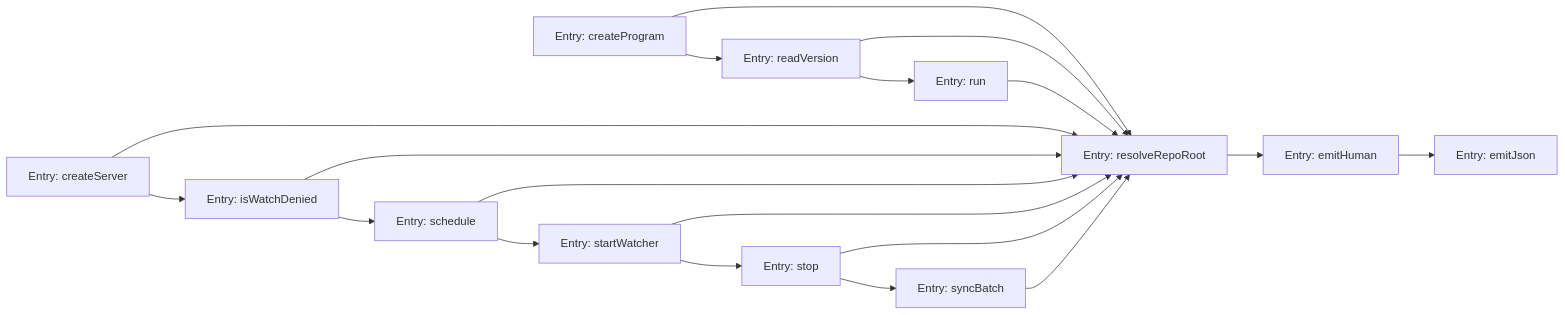
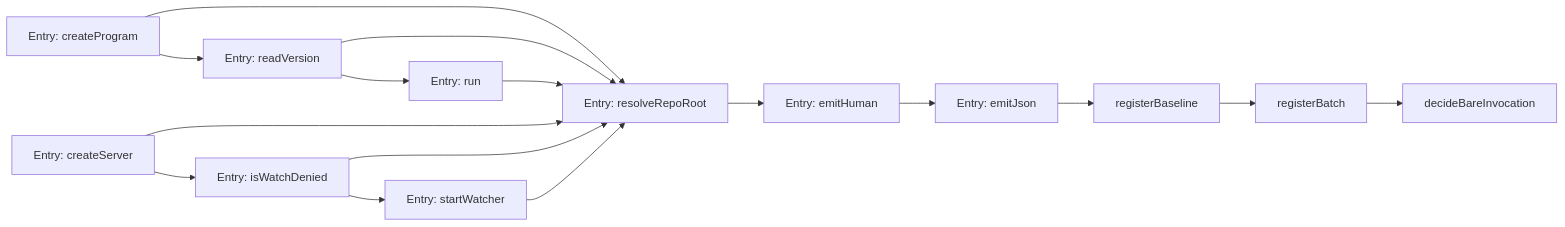
One commit to eduardoabreu81/livewiki changed the diagram in livewiki/diagrams/flow-cli-src-to-llm.mmd. Above: the diagram before and after it, drawn with Mermaid. The commit also changed 79 other files, not shown here.

```diff
--- a/livewiki/diagrams/flow-cli-src-to-llm.mmd
+++ b/livewiki/diagrams/flow-cli-src-to-llm.mmd
@@ -1,19 +1,16 @@
 flowchart LR
   n0[Entry: createProgram] --> n2[Entry: resolveRepoRoot]
   n1[Entry: readVersion] --> n2[Entry: resolveRepoRoot]
   n3[Entry: run] --> n2[Entry: resolveRepoRoot]
   n4[Entry: createServer] --> n2[Entry: resolveRepoRoot]
   n5[Entry: isWatchDenied] --> n2[Entry: resolveRepoRoot]
-  n6[Entry: schedule] --> n2[Entry: resolveRepoRoot]
-  n7[Entry: startWatcher] --> n2[Entry: resolveRepoRoot]
-  n8[Entry: stop] --> n2[Entry: resolveRepoRoot]
-  n9[Entry: syncBatch] --> n2[Entry: resolveRepoRoot]
-  n2[Entry: resolveRepoRoot] --> n10[Entry: emitHuman]
-  n10[Entry: emitHuman] --> n11[Entry: emitJson]
+  n6[Entry: startWatcher] --> n2[Entry: resolveRepoRoot]
+  n2[Entry: resolveRepoRoot] --> n7[Entry: emitHuman]
+  n7[Entry: emitHuman] --> n8[Entry: emitJson]
+  n8[Entry: emitJson] --> n9[registerBaseline]
+  n9[registerBaseline] --> n10[registerBatch]
+  n10[registerBatch] --> n11[decideBareInvocation]
   n0[Entry: createProgram] --> n1[Entry: readVersion]
   n1[Entry: readVersion] --> n3[Entry: run]
   n4[Entry: createServer] --> n5[Entry: isWatchDenied]
-  n5[Entry: isWatchDenied] --> n6[Entry: schedule]
-  n6[Entry: schedule] --> n7[Entry: startWatcher]
-  n7[Entry: startWatcher] --> n8[Entry: stop]
-  n8[Entry: stop] --> n9[Entry: syncBatch]
+  n5[Entry: isWatchDenied] --> n6[Entry: startWatcher]
```
